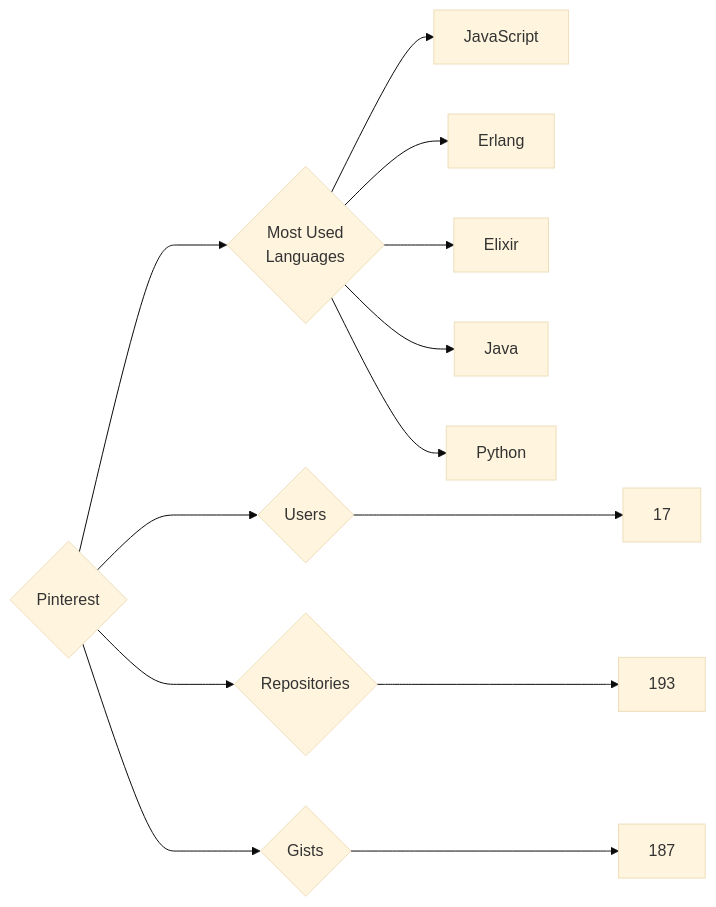
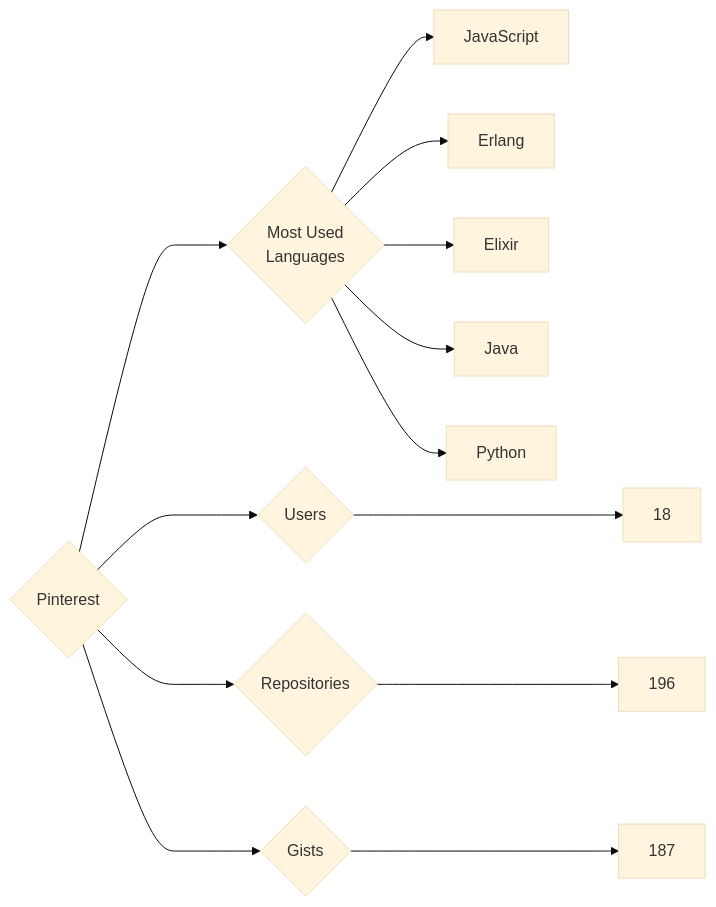
One commit to trickest/insiders changed the diagram in targets/Pinterest/README.md. Above: the diagram before and after it, drawn with Mermaid (base theme). The commit also changed 681 other files, not shown here.

````diff
--- a/targets/Pinterest/README.md
+++ b/targets/Pinterest/README.md
@@ -3,13 +3,13 @@
 ```mermaid
 graph LR
 COMPANY_NAME{Pinterest}
-COMPANY_NAME ---> U{Users} ---> UN[17]
-COMPANY_NAME ---> R{Repositories} ---> RN[193]
+COMPANY_NAME ---> U{Users} ---> UN[18]
+COMPANY_NAME ---> R{Repositories} ---> RN[196]
 COMPANY_NAME ---> G{Gists} ---> GN[187]
 COMPANY_NAME ---> ML{Most Used<br>Languages}
 ML --> JavaScript[JavaScript]
 ML --> Erlang[Erlang]
 ML --> Elixir[Elixir]
 ML --> Java[Java]
 ML --> Python[Python]
 ```
````
